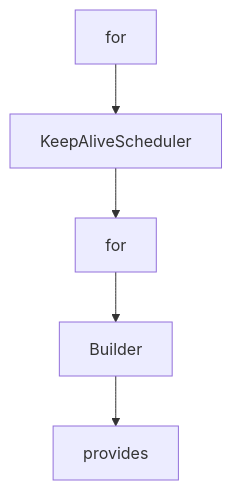
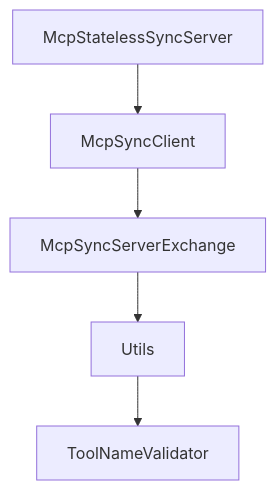
The diagram in tutorials/mcp-java-sdk-tutorial/06-security-authorization-and-runtime-controls.md (johnxie/awesome-code-docs), drawn with Mermaid before and after one commit. The commit also changed other lines of this file and 1232 other files, not shown here.

````diff
--- a/tutorials/mcp-java-sdk-tutorial/06-security-authorization-and-runtime-controls.md
+++ b/tutorials/mcp-java-sdk-tutorial/06-security-authorization-and-runtime-controls.md
@@ -214,12 +212,12 @@
 ```mermaid
 flowchart TD
-    A[for]
-    B[KeepAliveScheduler]
-    C[for]
-    D[Builder]
-    E[provides]
+    A[McpStatelessSyncServer]
+    B[McpSyncClient]
+    C[McpSyncServerExchange]
+    D[Utils]
+    E[ToolNameValidator]
     A --> B
     B --> C
     C --> D
     D --> E
 ```
````
